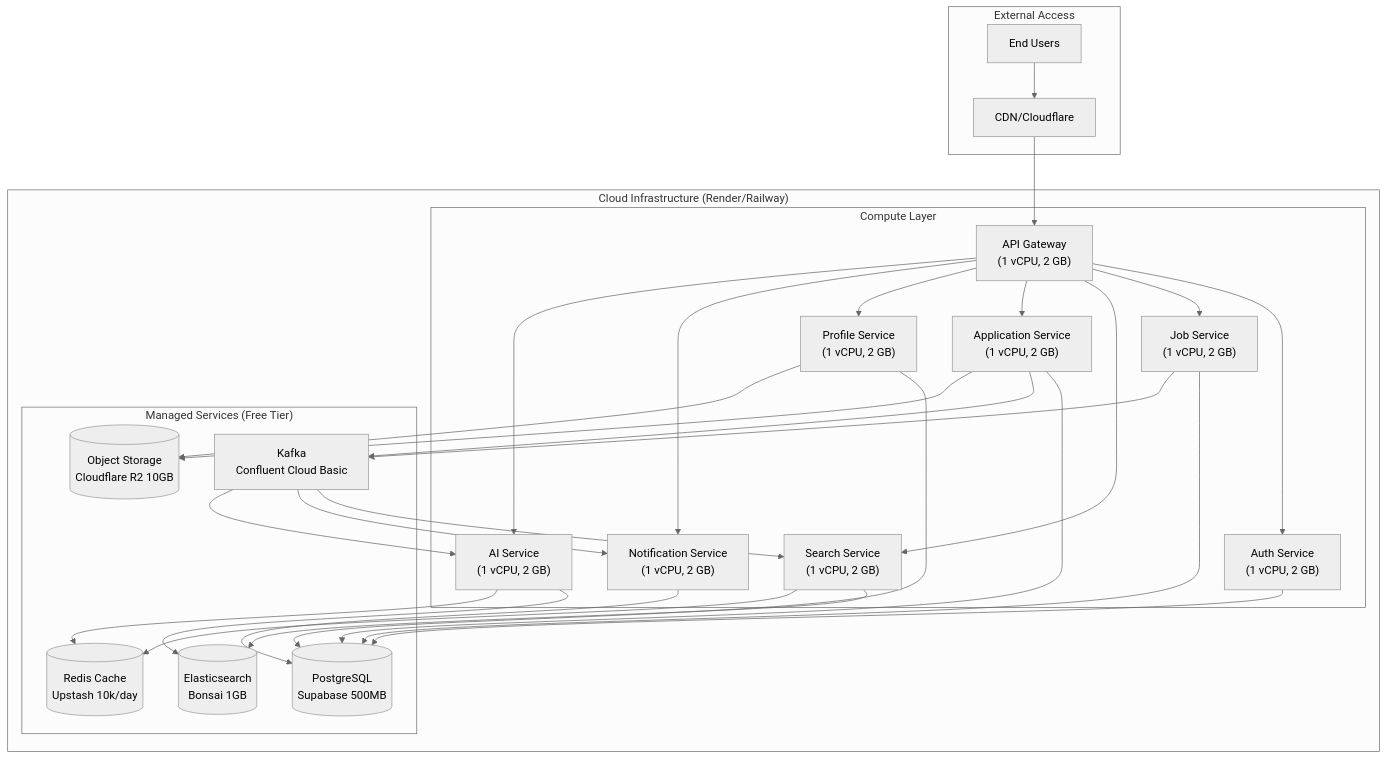
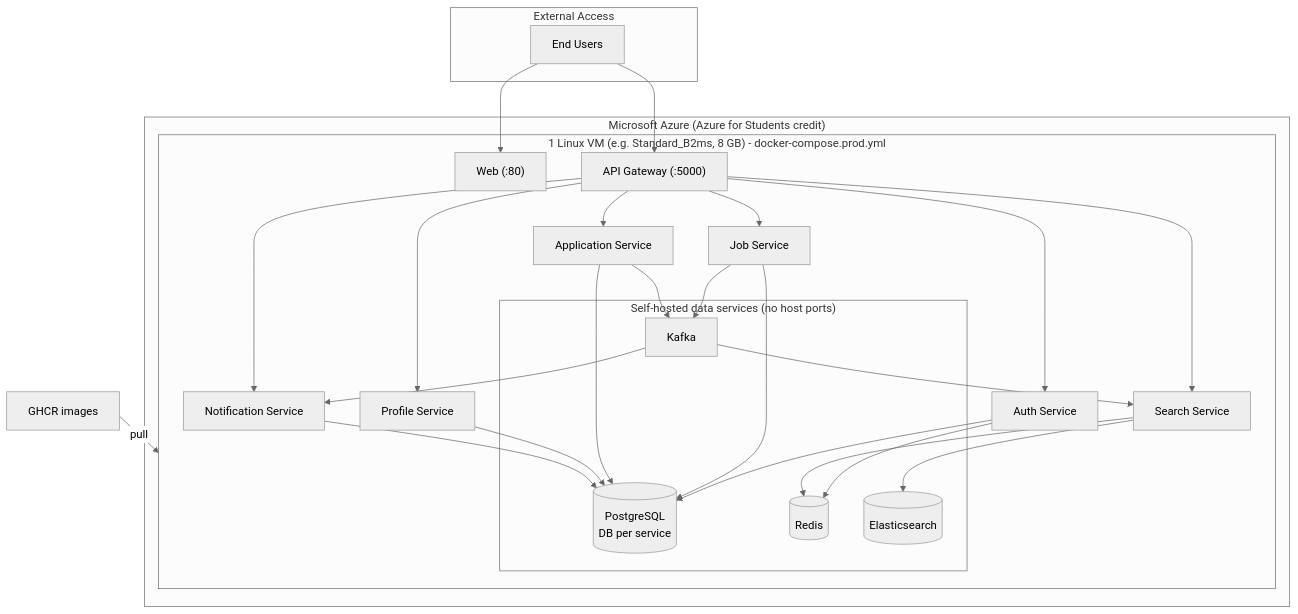
One commit to dut-pbl6-2026/job-platform-docs changed the third of 5 diagrams in docs/srs/en/9-infra-cost-analysis.md. Above: the diagram before and after it, drawn with Mermaid (neutral theme). The commit also changed other lines of this file and 20 other files, not shown here.

````diff
--- a/docs/srs/en/9-infra-cost-analysis.md
+++ b/docs/srs/en/9-infra-cost-analysis.md
@@ -139,58 +153,52 @@
 ```mermaid
 flowchart TB
     subgraph External["External Access"]
         User["End Users"]
-        CDN["CDN/Cloudflare"]
     end
 
-    subgraph Cloud["Cloud Infrastructure (Render/Railway)"]
-        subgraph Compute["Compute Layer"]
-            Gateway["API Gateway<br/>(1 vCPU, 2 GB)"]
-            Auth["Auth Service<br/>(1 vCPU, 2 GB)"]
-            Job["Job Service<br/>(1 vCPU, 2 GB)"]
-            Search["Search Service<br/>(1 vCPU, 2 GB)"]
-            App["Application Service<br/>(1 vCPU, 2 GB)"]
-            Profile["Profile Service<br/>(1 vCPU, 2 GB)"]
-            Notif["Notification Service<br/>(1 vCPU, 2 GB)"]
-            AI["AI Service<br/>(1 vCPU, 2 GB)"]
-        end
+    subgraph Azure["Microsoft Azure (Azure for Students credit)"]
+        subgraph VM["1 Linux VM (e.g. Standard_B2ms, 8 GB) - docker-compose.prod.yml"]
+            Web["Web (:80)"]
+            Gateway["API Gateway (:5000)"]
+            Auth["Auth Service"]
+            Job["Job Service"]
+            Search["Search Service"]
+            App["Application Service"]
+            Profile["Profile Service"]
+            Notif["Notification Service"]
 
-        subgraph Managed["Managed Services (Free Tier)"]
-            PG[("PostgreSQL<br/>Supabase 500MB")]
-            Redis[("Redis Cache<br/>Upstash 10k/day")]
-            ES[("Elasticsearch<br/>Bonsai 1GB")]
-            Broker["Kafka<br/>Confluent Cloud Basic"]
-            R2[("Object Storage<br/>Cloudflare R2 10GB")]
+            subgraph Data["Self-hosted data services (no host ports)"]
+                PG[("PostgreSQL<br/>DB per service")]
+                Redis[("Redis")]
+                ES[("Elasticsearch")]
+                Broker["Kafka"]
+            end
         end
     end
 
-    User --> CDN
-    CDN --> Gateway
+    GHCR["GHCR images"] -->|pull| VM
+
+    User --> Web
+    User --> Gateway
     Gateway --> Auth
     Gateway --> Job
     Gateway --> Search
     Gateway --> App
     Gateway --> Profile
     Gateway --> Notif
-    Gateway --> AI
 
     Auth --> PG
     Job --> PG
     App --> PG
     Profile --> PG
     Notif --> PG
+    Auth --> Redis
 
     Job --> Broker
     App --> Broker
     Broker --> Search
     Broker --> Notif
-    Broker --> AI
 
     Search --> ES
     Search --> Redis
-    AI --> ES
-    AI --> Redis
-
-    App --> R2
-    Profile --> R2
 ```
````
